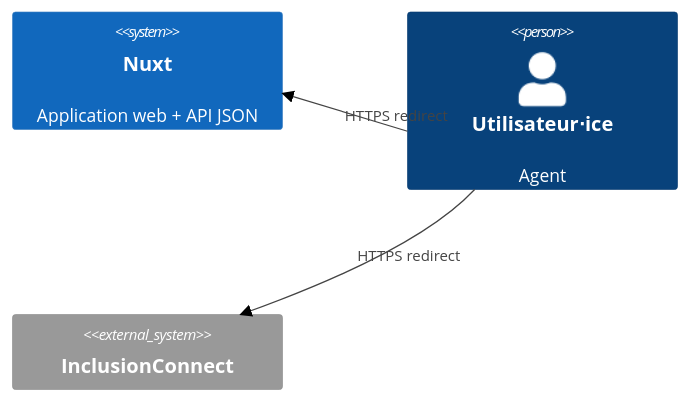
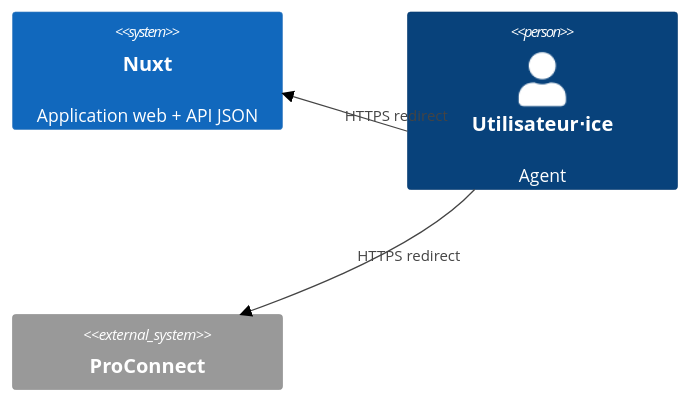
Before and after one commit to frankein1/mss: the fourth of 5 diagrams in docs/dossier-technique.md, drawn with Mermaid (neutral theme). The commit also changed other lines of this file and 1 other file, not shown here.

Commit message:
chore: mise à jour du DAT avec Proconnect

````diff
--- a/docs/dossier-technique.md
+++ b/docs/dossier-technique.md
@@ -179,12 +179,12 @@
 ```mermaid
 C4Container
     System(web_app, "Nuxt", "Application web + API JSON")
 
     Person(user, "Utilisateur⋅ice", "Agent")
 
-    System_Ext(inclusion_connect, "InclusionConnect", "")
+    System_Ext(proconnect, "ProConnect", "")
 
     Rel(user, web_app, "HTTPS redirect")
 
-    Rel(user, inclusion_connect, "HTTPS redirect")
+    Rel(user, proconnect, "HTTPS redirect")
 ```
````
